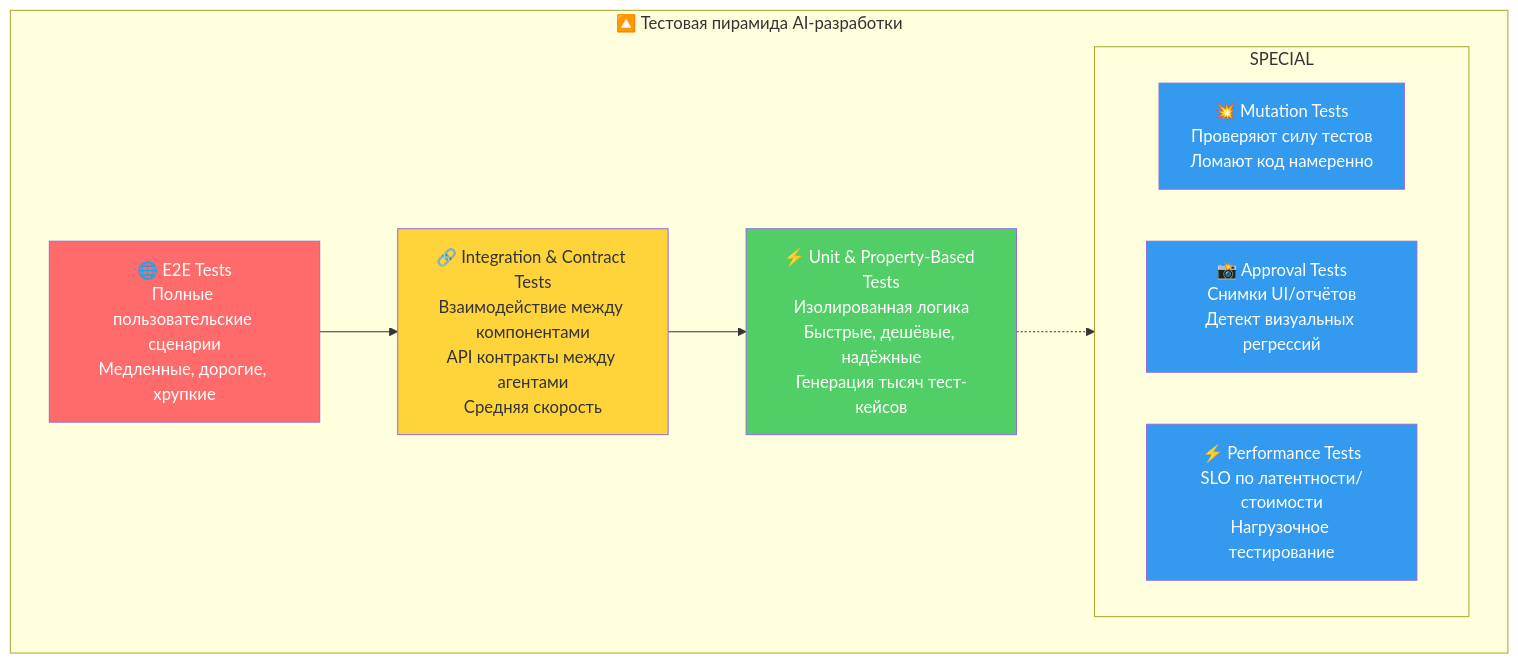
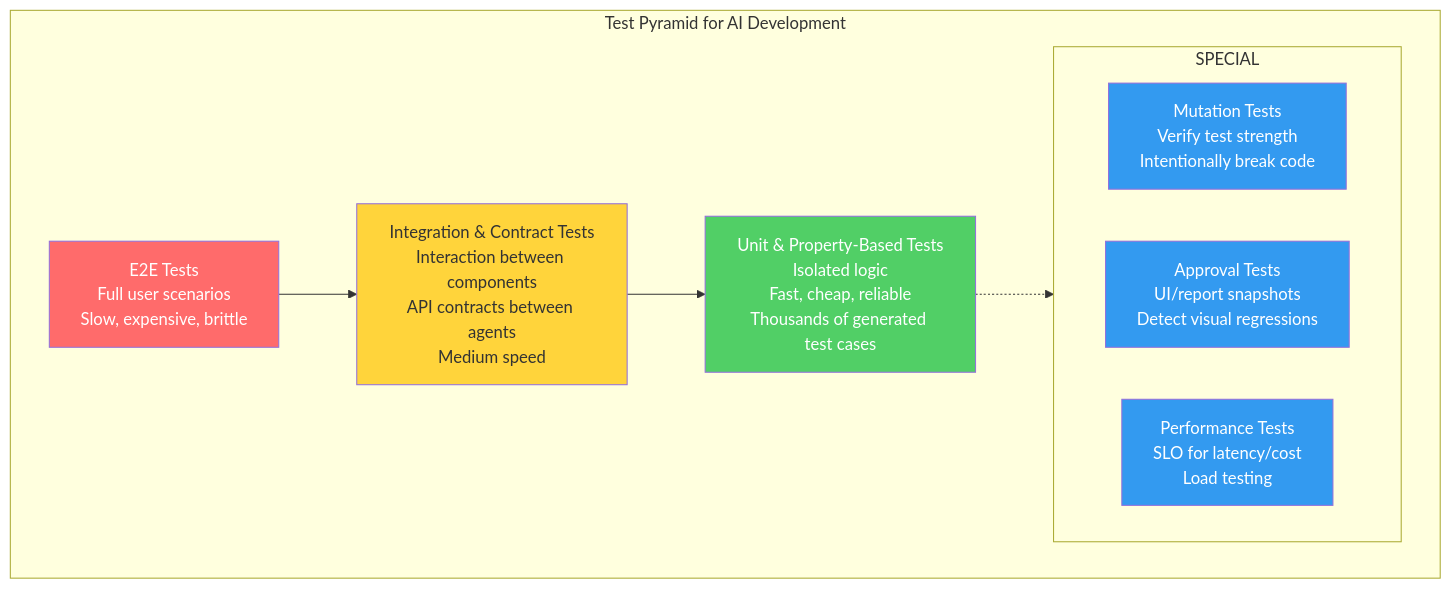
The sixth of 13 diagrams in materials/workshop3.md (ad3002/masters-course-2025-vibe-coding), drawn with Mermaid before and after one commit. The commit also changed other lines of this file, not shown here.

````diff
--- a/materials/workshop3.md
+++ b/materials/workshop3.md
@@ -258,31 +258,31 @@
 ```mermaid
 graph TB
-    subgraph "🔼 Тестовая пирамида AI-разработки"
-        E2E["🌐 E2E Tests<br/>Полные пользовательские сценарии<br/>Медленные, дорогие, хрупкие"]
+    subgraph "Test Pyramid for AI Development"
+        E2E["E2E Tests<br/>Full user scenarios<br/>Slow, expensive, brittle"]
 
-        INT["🔗 Integration & Contract Tests<br/>Взаимодействие между компонентами<br/>API контракты между агентами<br/>Средняя скорость"]
+        INT["Integration & Contract Tests<br/>Interaction between components<br/>API contracts between agents<br/>Medium speed"]
 
-        UNIT["⚡ Unit & Property-Based Tests<br/>Изолированная логика<br/>Быстрые, дешёвые, надёжные<br/>Генерация тысяч тест-кейсов"]
+        UNIT["Unit & Property-Based Tests<br/>Isolated logic<br/>Fast, cheap, reliable<br/>Thousands of generated test cases"]
 
-        SPECIAL["✨ Специальные типы тестов"]
+        SPECIAL["Special Test Types"]
     end
 
     subgraph SPECIAL
-        MUT["💥 Mutation Tests<br/>Проверяют силу тестов<br/>Ломают код намеренно"]
+        MUT["Mutation Tests<br/>Verify test strength<br/>Intentionally break code"]
 
-        APPR["📸 Approval Tests<br/>Снимки UI/отчётов<br/>Детект визуальных регрессий"]
+        APPR["Approval Tests<br/>UI/report snapshots<br/>Detect visual regressions"]
 
-        PERF["⚡ Performance Tests<br/>SLO по латентности/стоимости<br/>Нагрузочное тестирование"]
+        PERF["Performance Tests<br/>SLO for latency/cost<br/>Load testing"]
     end
 
     E2E --> INT
     INT --> UNIT
     UNIT -.-> SPECIAL
 
     style E2E fill:#ff6b6b,color:#fff
     style INT fill:#ffd43b
     style UNIT fill:#51cf66,color:#fff
     style MUT fill:#339af0,color:#fff
     style APPR fill:#339af0,color:#fff
     style PERF fill:#339af0,color:#fff
 ```
````
